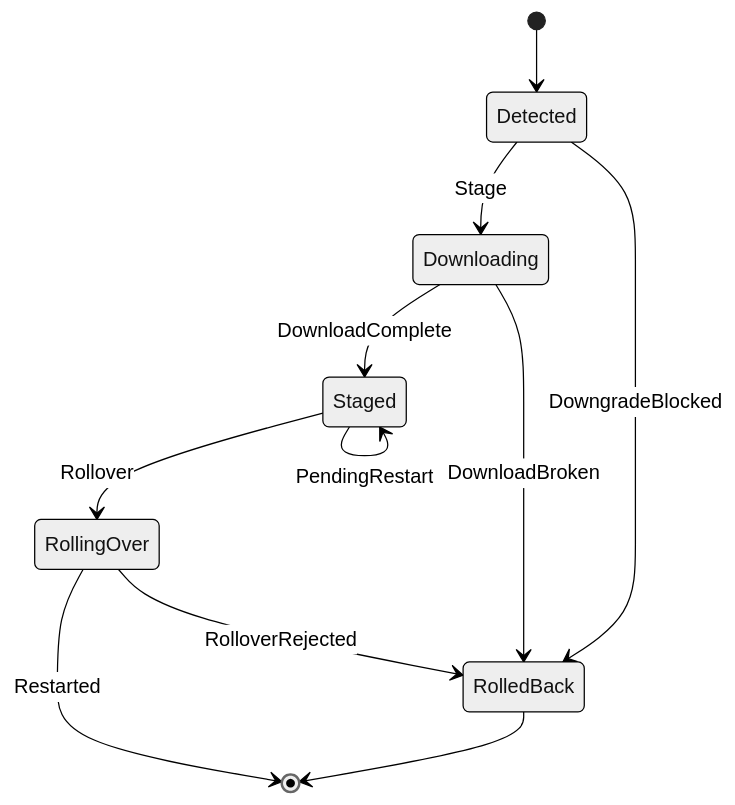
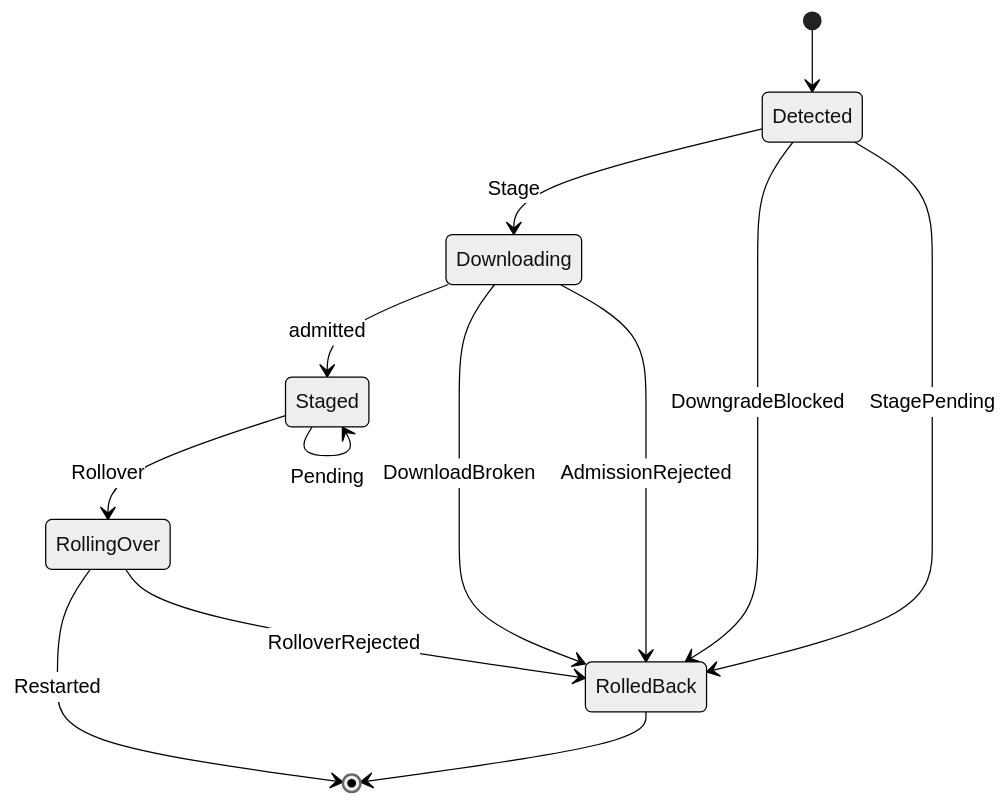
The first of 2 diagrams in libs/csharp/Rasm.AppHost/.planning/Sandbox/provisioning.md (bsamiee/Rasm), drawn with Mermaid (neutral theme) before and after one commit. The commit also changed other lines of this file and 818 other files, not shown here.

````diff
--- a/libs/csharp/Rasm.AppHost/.planning/Sandbox/provisioning.md
+++ b/libs/csharp/Rasm.AppHost/.planning/Sandbox/provisioning.md
@@ -185,15 +285,17 @@
 ```mermaid
 stateDiagram-v2
-    accTitle: Update phase state
-    accDescr: Downloaded releases stage, roll over, or end in rollback.
+    accTitle: Update outcome state
+    accDescr: Downloaded releases stage, roll over, or end in rollback, with every edge produced by an arm on the rail.
     [*] --> Detected
     Detected --> Downloading : Stage
     Detected --> RolledBack : DowngradeBlocked
-    Downloading --> Staged : DownloadComplete
+    Detected --> RolledBack : StagePending
+    Downloading --> Staged : admitted
     Downloading --> RolledBack : DownloadBroken
+    Downloading --> RolledBack : AdmissionRejected
     Staged --> RollingOver : Rollover
-    Staged --> Staged : PendingRestart
+    Staged --> Staged : Pending
     RollingOver --> [*] : Restarted
     RollingOver --> RolledBack : RolloverRejected
     RolledBack --> [*]
 ```
````
